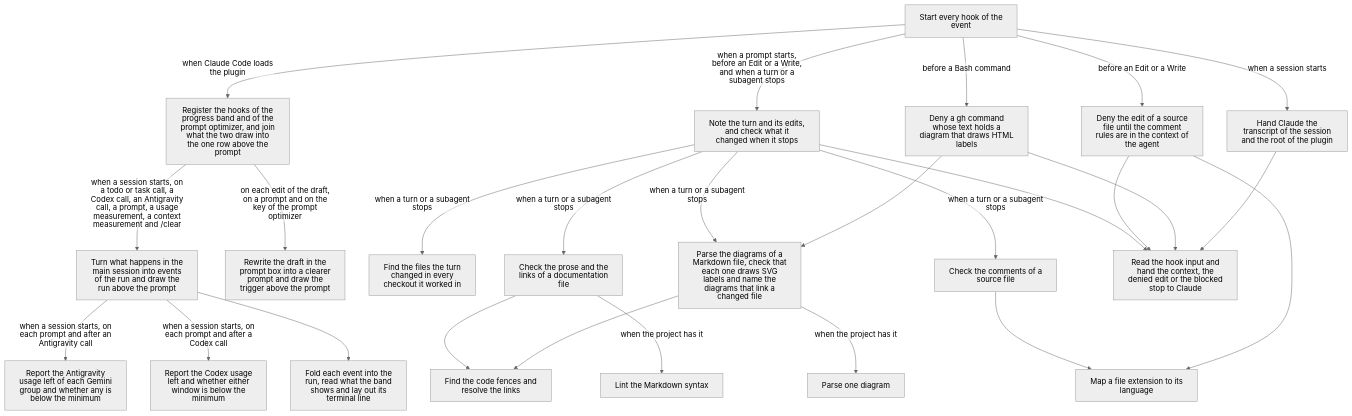
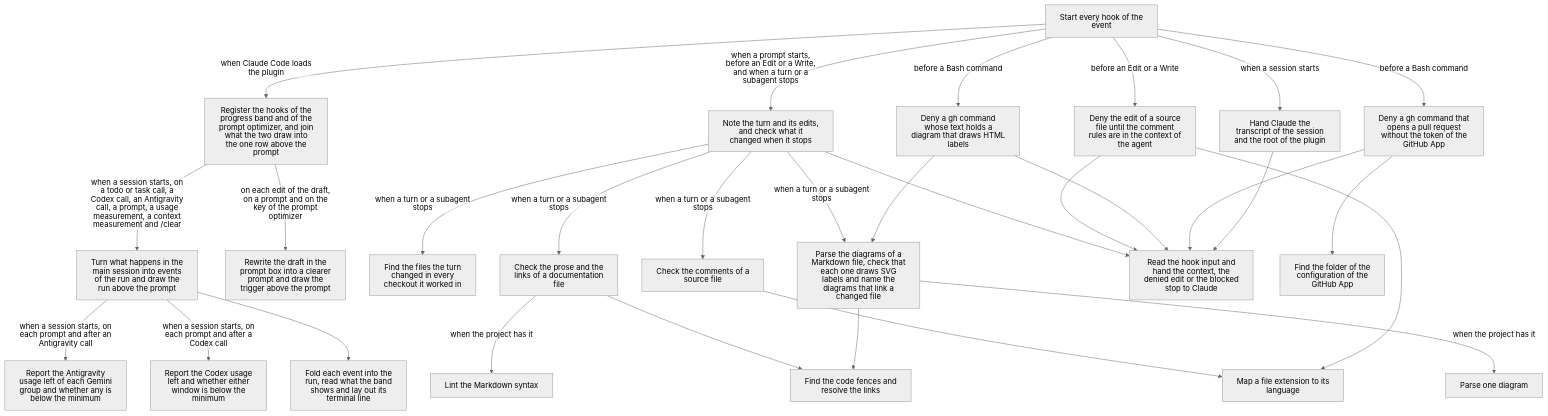
Before and after one commit to renefatuaki/skills: the diagram in plugins/forge/hooks/README.md, drawn with Mermaid (neutral theme). The commit also changed other lines of this file and 3 other files, not shown here.

First line of the commit message:
fix(pull-request): deny a pull request opened under the user's login

````diff
--- a/plugins/forge/hooks/README.md
+++ b/plugins/forge/hooks/README.md
@@ -5,31 +5,34 @@
 ```mermaid
 %%{init: {"htmlLabels": false}}%%
 flowchart TD
   accTitle: What happens when a session starts, while a turn runs, while Claude works through a todo list, and when the key of the prompt optimizer is pressed?
   hooksJson["Start every hook of the event"]
   hooksJson -->|"when a session starts"| sessionContext["Hand Claude the transcript of the session and the root of the plugin"]
   hooksJson -->|"before an Edit or a Write"| loadCommentRules["Deny the edit of a source file until the comment rules are in the context of the agent"]
   hooksJson -->|"before a Bash command"| checkDiagramLabels["Deny a gh command whose text holds a diagram that draws HTML labels"]
+  hooksJson -->|"before a Bash command"| checkPullRequestAuthor["Deny a gh command that opens a pull request without the token of the GitHub App"]
   hooksJson -->|"when a prompt starts, before an Edit or a Write, and when a turn or a subagent stops"| checkTurn["Note the turn and its edits, and check what it changed when it stops"]
   hooksJson -->|"when Claude Code loads the plugin"| module["Register the hooks of the progress band and of the prompt optimizer, and join what the two draw into the one row above the prompt"]
   module -->|"when a session starts, on a todo or task call, a Codex call, an Antigravity call, a prompt, a usage measurement, a context measurement and /clear"| progress["Turn what happens in the main session into events of the run and draw the run above the prompt"]
   module -->|"on each edit of the draft, on a prompt and on the key of the prompt optimizer"| promptOptimizer["Rewrite the draft in the prompt box into a clearer prompt and draw the trigger above the prompt"]
   checkTurn -->|"when a turn or a subagent stops"| changes["Find the files the turn changed in every checkout it worked in"]
   checkTurn -->|"when a turn or a subagent stops"| comments["Check the comments of a source file"]
   checkTurn -->|"when a turn or a subagent stops"| docs["Check the prose and the links of a documentation file"]
   checkTurn -->|"when a turn or a subagent stops"| diagrams["Parse the diagrams of a Markdown file, check that each one draws SVG labels and name the diagrams that link a changed file"]
   docs -->|"when the project has it"| markdownlint["Lint the Markdown syntax"]
   diagrams -->|"when the project has it"| mermaid["Parse one diagram"]
   docs --> markdown["Find the code fences and resolve the links"]
   diagrams --> markdown
   comments --> languages["Map a file extension to its language"]
   loadCommentRules --> languages
   checkTurn --> hook["Read the hook input and hand the context, the denied edit or the blocked stop to Claude"]
   loadCommentRules --> hook
   checkDiagramLabels --> hook
   checkDiagramLabels --> diagrams
+  checkPullRequestAuthor --> hook
+  checkPullRequestAuthor --> githubApp["Find the folder of the configuration of the GitHub App"]
   sessionContext --> hook
   progress --> run["Fold each event into the run, read what the band shows and lay out its terminal line"]
   progress -->|"when a session starts, on each prompt and after a Codex call"| codexModel["Report the Codex usage left and whether either window is below the minimum"]
   progress -->|"when a session starts, on each prompt and after an Antigravity call"| antigravity["Report the Antigravity usage left of each Gemini group and whether any is below the minimum"]
 ```
````
